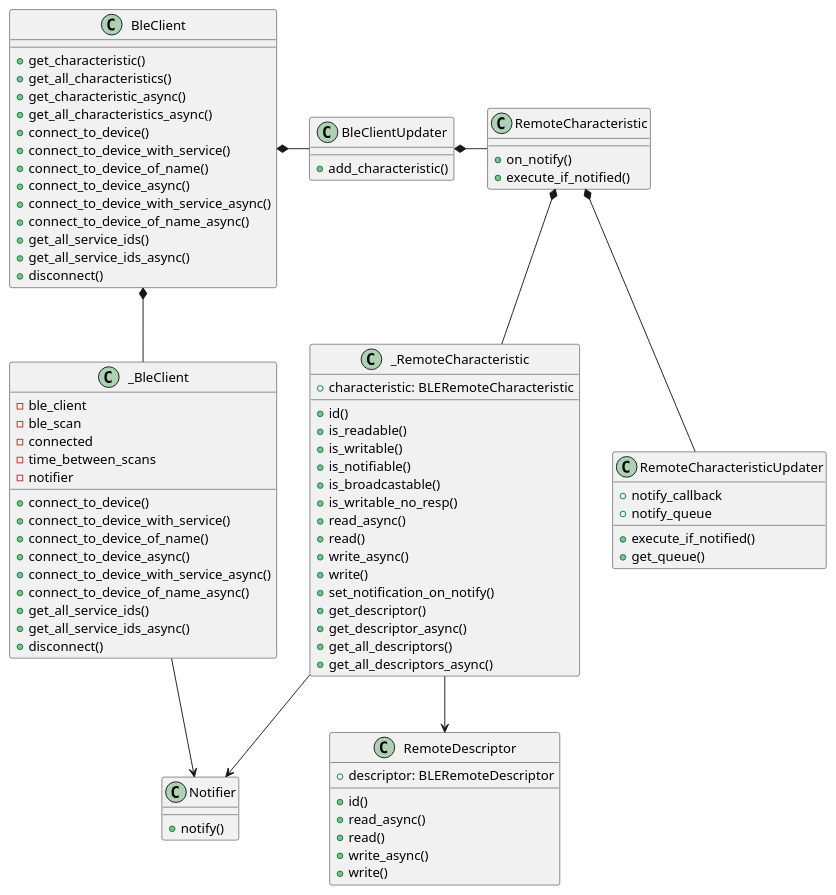
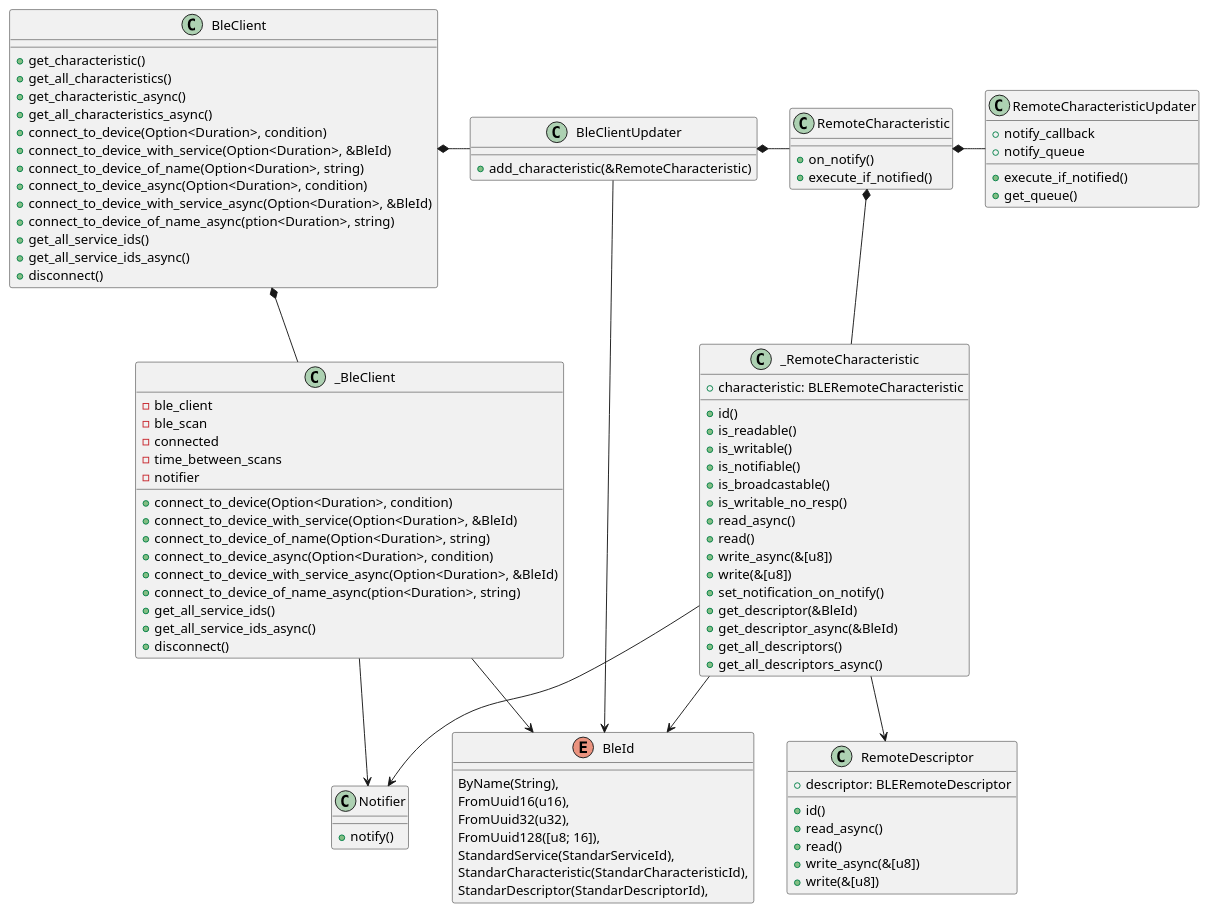
The diagram in diagrams/ble-client.puml (esp32framework/esp32framework), drawn with PlantUML before and after one commit. The commit also changed 6 other files, not shown here.

```diff
--- a/diagrams/ble-client.puml
+++ b/diagrams/ble-client.puml
@@ -1,92 +1,105 @@
 @startuml Ble client
 
 class BleClient {
     + get_characteristic()
     + get_all_characteristics()
     + get_characteristic_async()
     + get_all_characteristics_async()
-    + connect_to_device()
-    + connect_to_device_with_service()
-    + connect_to_device_of_name()
-    + connect_to_device_async()
-    + connect_to_device_with_service_async()
-    + connect_to_device_of_name_async()
+    + connect_to_device(Option<Duration>, condition)
+    + connect_to_device_with_service(Option<Duration>, &BleId)
+    + connect_to_device_of_name(Option<Duration>, string)
+    + connect_to_device_async(Option<Duration>, condition)
+    + connect_to_device_with_service_async(Option<Duration>, &BleId)
+    + connect_to_device_of_name_async(ption<Duration>, string)
     + get_all_service_ids()
     + get_all_service_ids_async()
     + disconnect()
 }
 
 class _BleClient{
     - ble_client
     - ble_scan
     - connected
     - time_between_scans
     - notifier
-    + connect_to_device()
-    + connect_to_device_with_service()
-    + connect_to_device_of_name()
-    + connect_to_device_async()
-    + connect_to_device_with_service_async()
-    + connect_to_device_of_name_async()
+    + connect_to_device(Option<Duration>, condition)
+    + connect_to_device_with_service(Option<Duration>, &BleId)
+    + connect_to_device_of_name(Option<Duration>, string)
+    + connect_to_device_async(Option<Duration>, condition)
+    + connect_to_device_with_service_async(Option<Duration>, &BleId)
+    + connect_to_device_of_name_async(ption<Duration>, string)
     + get_all_service_ids()
     + get_all_service_ids_async()
     + disconnect()
 }
 
 class BleClientUpdater{
-    + add_characteristic()
+    + add_characteristic(&RemoteCharacteristic)
     
 }
 
 class RemoteCharacteristic{
     + on_notify()
     + execute_if_notified()
 }
 
 class _RemoteCharacteristic{
     + characteristic: BLERemoteCharacteristic
     + id()
     + is_readable()
     + is_writable()
     + is_notifiable()
     + is_broadcastable()
     + is_writable_no_resp()
     + read_async()
     + read()
-    + write_async()
-    + write()
+    + write_async(&[u8])
+    + write(&[u8])
     + set_notification_on_notify()
-    + get_descriptor()
-    + get_descriptor_async()
+    + get_descriptor(&BleId)
+    + get_descriptor_async(&BleId)
     + get_all_descriptors()
     + get_all_descriptors_async()
 }
 
 class Notifier{
     + notify()
 }
 class RemoteCharacteristicUpdater{
     + notify_callback
     + notify_queue
     + execute_if_notified()
     + get_queue()
 }
 
 class RemoteDescriptor{
     + descriptor: BLERemoteDescriptor
     + id()
     + read_async()
     + read()
-    + write_async()
-    + write()
+    + write_async(&[u8])
+    + write(&[u8])
+}
+
+enum BleId {
+    ByName(String),
+    FromUuid16(u16),
+    FromUuid32(u32),
+    FromUuid128([u8; 16]),
+    StandardService(StandarServiceId),
+    StandarCharacteristic(StandarCharacteristicId),
+    StandarDescriptor(StandarDescriptorId),
 }
 
 BleClient *-- _BleClient 
 BleClient *- BleClientUpdater
 BleClientUpdater *- RemoteCharacteristic
-RemoteCharacteristic *-- RemoteCharacteristicUpdater
+BleClientUpdater -> BleId 
+RemoteCharacteristic *- RemoteCharacteristicUpdater
 RemoteCharacteristic *-- _RemoteCharacteristic
 _RemoteCharacteristic -down-> Notifier
 _RemoteCharacteristic -down-> RemoteDescriptor
+_RemoteCharacteristic --> BleId
 _BleClient --> Notifier
+_BleClient --> BleId
 @enduml
```
